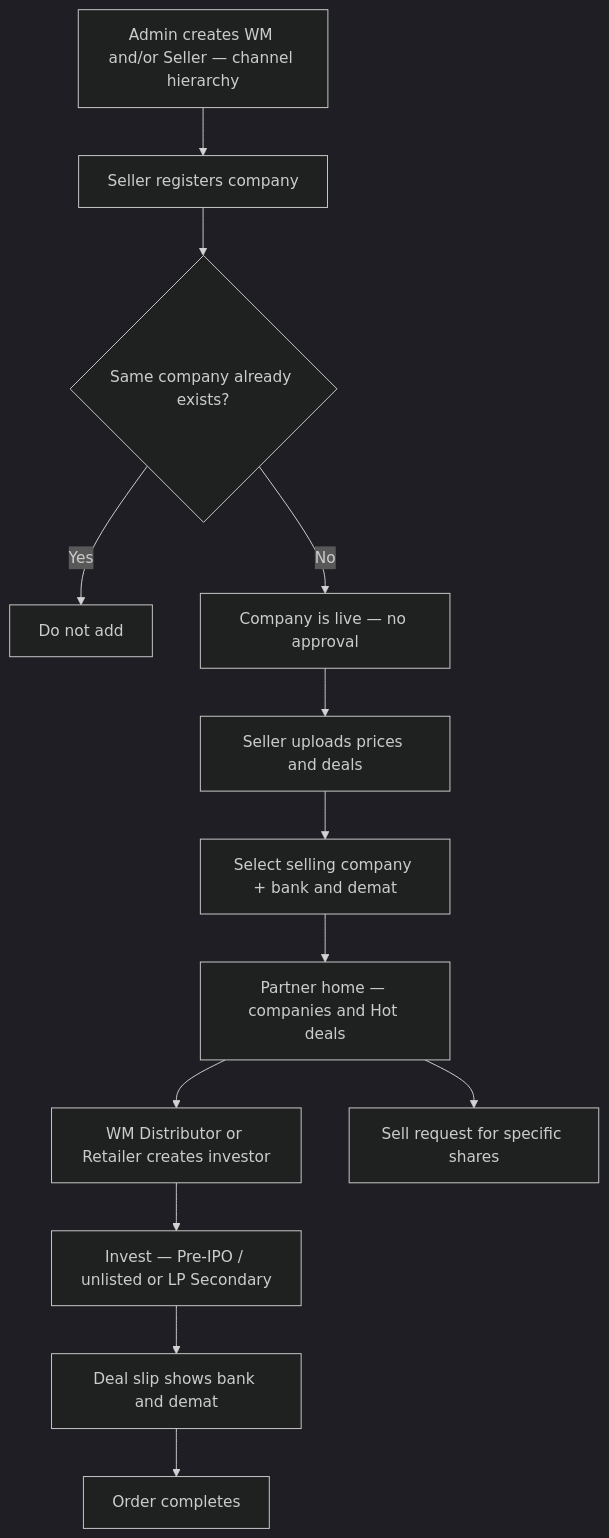
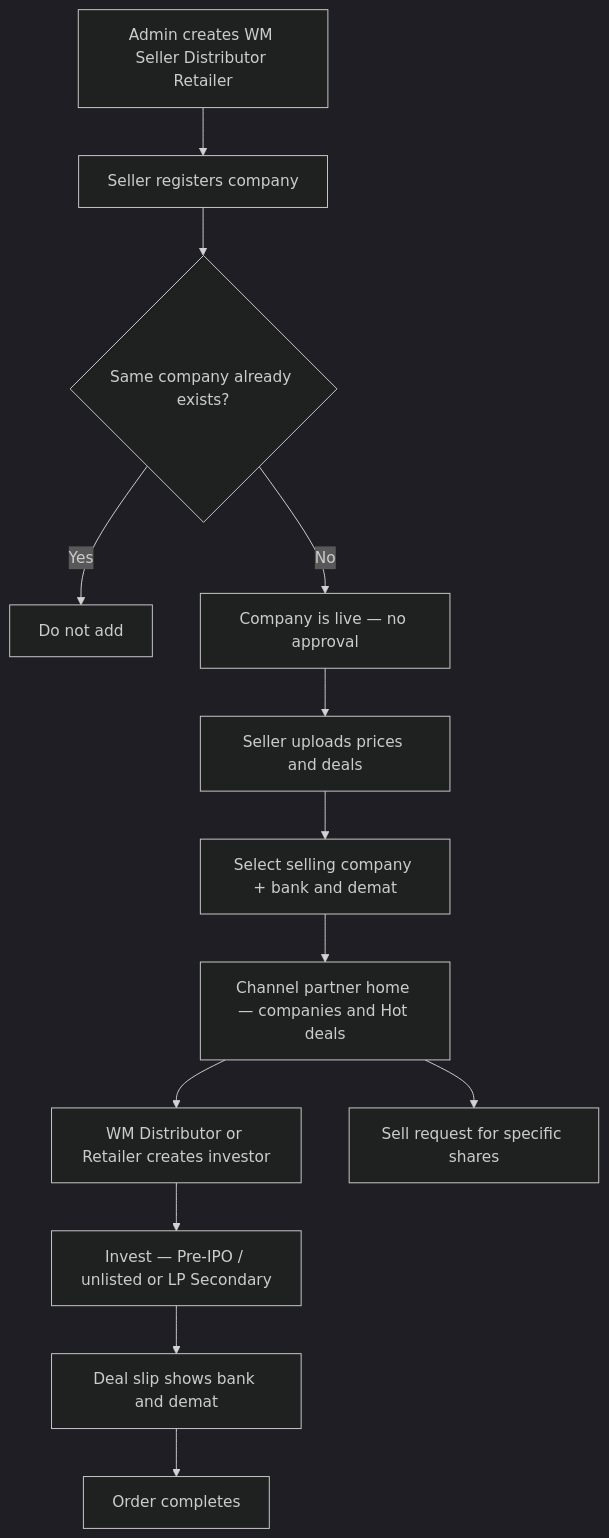
Before and after one commit to kavadevelopers/PrivateDealsBackend: the diagram in docs/new-system/START-HERE.md, drawn with Mermaid (dark theme). The commit also changed other lines of this file and 9 other files, not shown here.

````diff
--- a/docs/new-system/START-HERE.md
+++ b/docs/new-system/START-HERE.md
@@ -27,15 +27,15 @@
 ```mermaid
 flowchart TD
-  Setup[Admin creates WM and/or Seller — channel hierarchy] --> Company[Seller registers company]
+  Setup[Admin creates WM Seller Distributor Retailer] --> Company[Seller registers company]
   Company --> Dup{Same company already exists?}
   Dup -->|Yes| Stop[Do not add]
   Dup -->|No| Live[Company is live — no approval]
   Live --> Commercial[Seller uploads prices and deals]
   Commercial --> Bound[Select selling company + bank and demat]
-  Bound --> Home[Partner home — companies and Hot deals]
+  Bound --> Home[Channel partner home — companies and Hot deals]
   Home --> Investor[WM Distributor or Retailer creates investor]
   Investor --> Invest[Invest — Pre-IPO / unlisted or LP Secondary]
   Invest --> Slip[Deal slip shows bank and demat]
   Slip --> Done[Order completes]
   Home --> SellReq[Sell request for specific shares]
 ```
````
